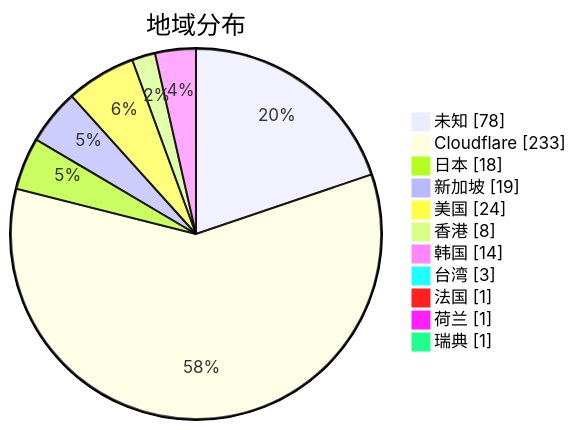
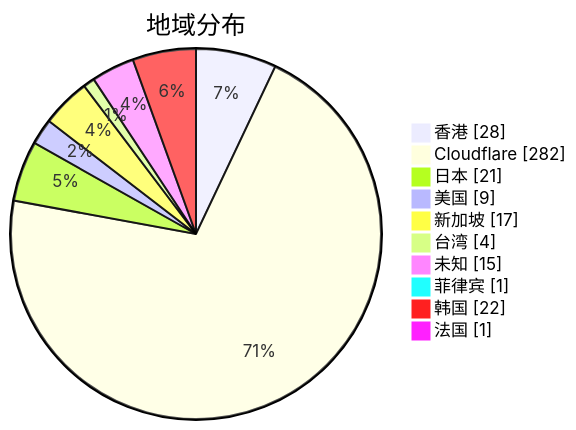
Before and after one commit to qjlxg/airport: the second of 3 diagrams in subs/statistics/tested_within.md, drawn with Mermaid. The commit also changed other lines of this file and 2 other files, not shown here.

````diff
--- a/subs/statistics/tested_within.md
+++ b/subs/statistics/tested_within.md
@@ -14,15 +14,14 @@
 ```mermaid
 pie showData
 title 地域分布
-"未知" : 78
-"Cloudflare" : 233
-"日本" : 18
-"新加坡" : 19
-"美国" : 24
-"香港" : 8
-"韩国" : 14
-"台湾" : 3
+"香港" : 28
+"Cloudflare" : 282
+"日本" : 21
+"美国" : 9
+"新加坡" : 17
+"台湾" : 4
+"未知" : 15
+"菲律宾" : 1
+"韩国" : 22
 "法国" : 1
-"荷兰" : 1
-"瑞典" : 1
 ```
````
